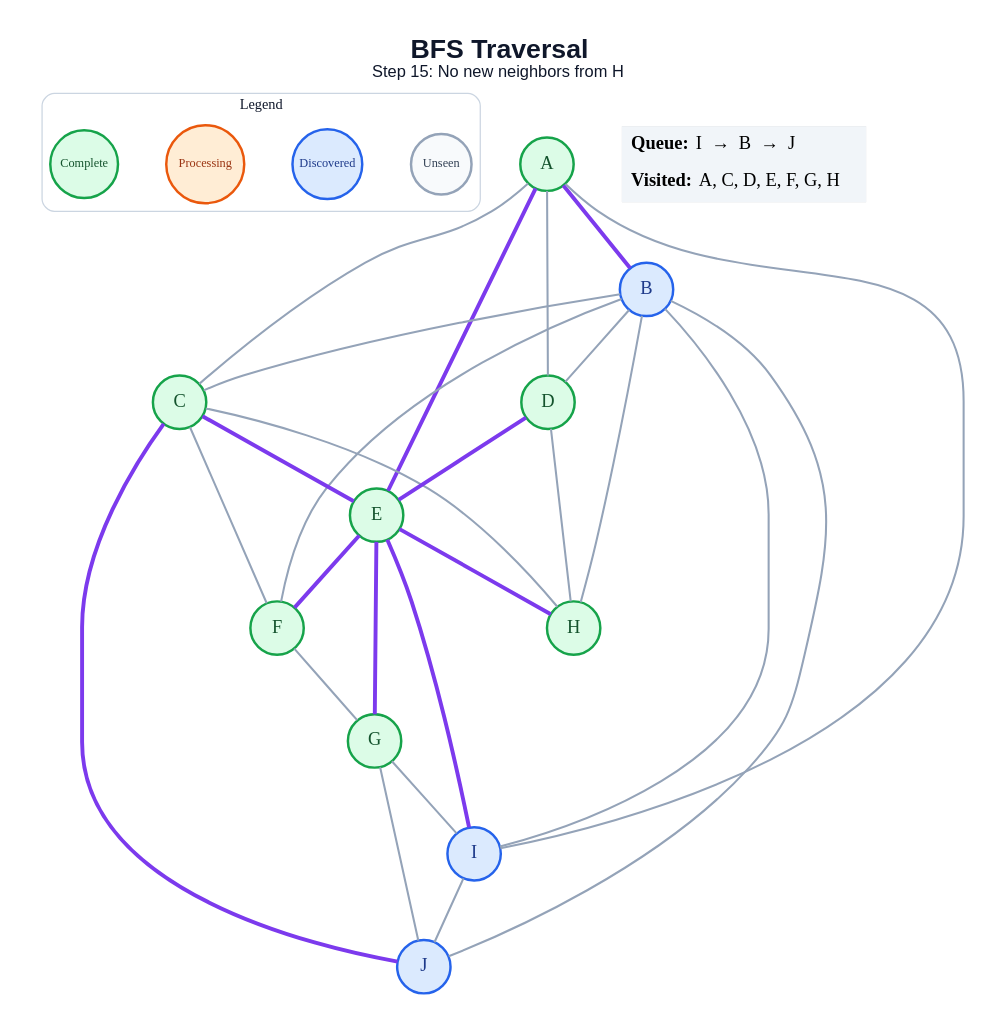
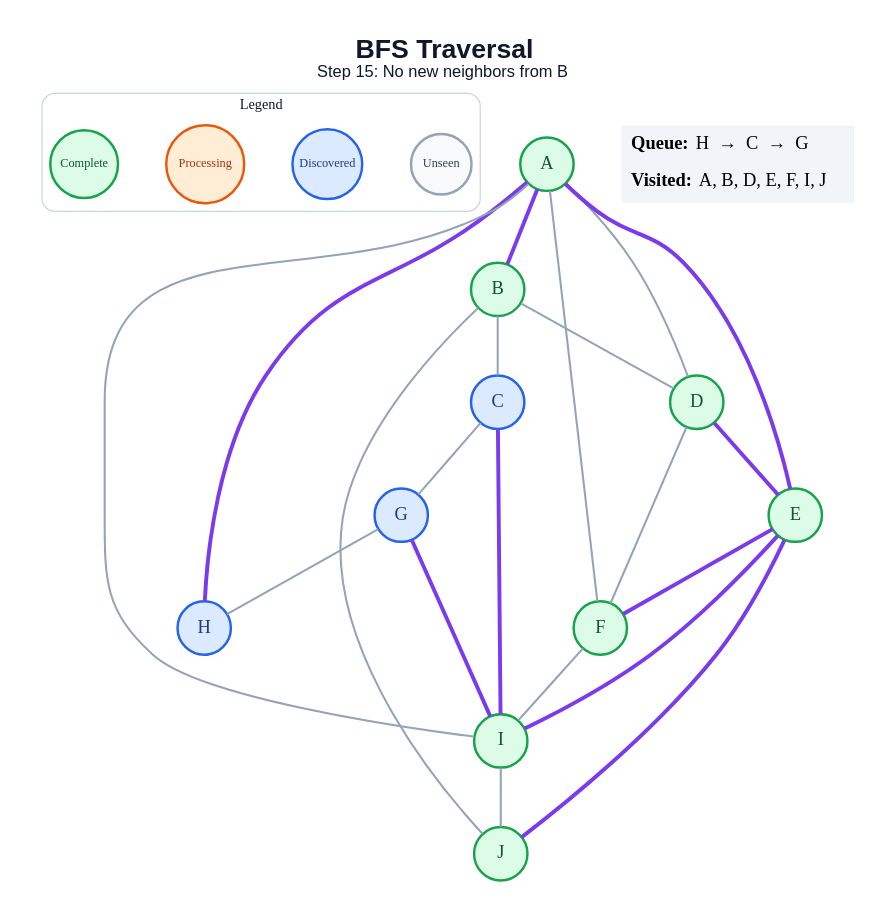
One commit to anon7238593-create/ai-slop changed the diagram in generated/specific-node/bfs/step_15.dot. Above: the diagram before and after it, drawn with Graphviz. The commit also changed 178 other files, not shown here.

```diff
--- a/generated/specific-node/bfs/step_15.dot
+++ b/generated/specific-node/bfs/step_15.dot
@@ -1,54 +1,49 @@
 graph traversal {
   graph [layout=dot, rankdir=TB, bgcolor="#FFFFFF", pad="0.35", nodesep="0.65", ranksep="0.8", fontname="Arial"];
   node [shape=circle, style="filled", fontname="Arial Bold", fontsize=18, width=0.72, fixedsize=true, penwidth=2.4];
   edge [color="#94A3B8", penwidth=2.0];
-  label=<<B>BFS Traversal</B><BR/><FONT POINT-SIZE="16">Step 15: No new neighbors from H</FONT>>; labelloc="t"; fontsize=26; fontname="Arial"; fontcolor="#0F172A";
+  label=<<B>BFS Traversal</B><BR/><FONT POINT-SIZE="16">Step 15: No new neighbors from B</FONT>>; labelloc="t"; fontsize=26; fontname="Arial"; fontcolor="#0F172A";
   subgraph cluster_legend { label="Legend"; color="#CBD5E1"; penwidth=1.2; style="rounded"; fontsize=14; fontname="Arial Bold";
     key_unseen [label="Unseen", fillcolor="#F8FAFC", color="#94A3B8", fontcolor="#334155", fontsize=12, width=0.82];
     key_frontier [label="Discovered", fillcolor="#DBEAFE", color="#2563EB", fontcolor="#1E3A8A", fontsize=12, width=0.95];
     key_current [label="Processing", fillcolor="#FFEDD5", color="#EA580C", fontcolor="#9A3412", fontsize=12, width=1.05];
     key_done [label="Complete", fillcolor="#DCFCE7", color="#16A34A", fontcolor="#14532D", fontsize=12, width=0.92];
     { rank=same; key_unseen; key_frontier; key_current; key_done; }
   }
   A [fillcolor="#DCFCE7", color="#16A34A", fontcolor="#14532D"];
-  B [fillcolor="#DBEAFE", color="#2563EB", fontcolor="#1E3A8A"];
-  C [fillcolor="#DCFCE7", color="#16A34A", fontcolor="#14532D"];
+  B [fillcolor="#DCFCE7", color="#16A34A", fontcolor="#14532D"];
+  C [fillcolor="#DBEAFE", color="#2563EB", fontcolor="#1E3A8A"];
   D [fillcolor="#DCFCE7", color="#16A34A", fontcolor="#14532D"];
   E [fillcolor="#DCFCE7", color="#16A34A", fontcolor="#14532D"];
   F [fillcolor="#DCFCE7", color="#16A34A", fontcolor="#14532D"];
-  G [fillcolor="#DCFCE7", color="#16A34A", fontcolor="#14532D"];
-  H [fillcolor="#DCFCE7", color="#16A34A", fontcolor="#14532D"];
-  I [fillcolor="#DBEAFE", color="#2563EB", fontcolor="#1E3A8A"];
-  J [fillcolor="#DBEAFE", color="#2563EB", fontcolor="#1E3A8A"];
+  G [fillcolor="#DBEAFE", color="#2563EB", fontcolor="#1E3A8A"];
+  H [fillcolor="#DBEAFE", color="#2563EB", fontcolor="#1E3A8A"];
+  I [fillcolor="#DCFCE7", color="#16A34A", fontcolor="#14532D"];
+  J [fillcolor="#DCFCE7", color="#16A34A", fontcolor="#14532D"];
   A -- B [color="#7C3AED", penwidth=3.8];
-  A -- C;
   A -- D;
   A -- E [color="#7C3AED", penwidth=3.8];
+  A -- F;
+  A -- H [color="#7C3AED", penwidth=3.8];
   A -- I;
   B -- C;
   B -- D;
-  B -- F;
-  B -- H;
-  B -- I;
   B -- J;
-  C -- E [color="#7C3AED", penwidth=3.8];
-  C -- F;
-  C -- H;
-  C -- J [color="#7C3AED", penwidth=3.8];
+  C -- G;
+  C -- I [color="#7C3AED", penwidth=3.8];
   D -- E [color="#7C3AED", penwidth=3.8];
-  D -- H;
+  D -- F;
   E -- F [color="#7C3AED", penwidth=3.8];
-  E -- G [color="#7C3AED", penwidth=3.8];
-  E -- H [color="#7C3AED", penwidth=3.8];
   E -- I [color="#7C3AED", penwidth=3.8];
-  F -- G;
-  G -- I;
-  G -- J;
+  E -- J [color="#7C3AED", penwidth=3.8];
+  F -- I;
+  G -- H;
+  G -- I [color="#7C3AED", penwidth=3.8];
   I -- J;
   status [shape=plain, fixedsize=false, width=0, height=0, margin=0, label=<
     <TABLE BORDER="0" CELLBORDER="0" CELLPADDING="7" BGCOLOR="#F1F5F9">
-      <TR><TD ALIGN="LEFT"><B>Queue:</B> I  →  B  →  J</TD></TR>
-      <TR><TD ALIGN="LEFT"><B>Visited:</B> A, C, D, E, F, G, H</TD></TR>
+      <TR><TD ALIGN="LEFT"><B>Queue:</B> H  →  C  →  G</TD></TR>
+      <TR><TD ALIGN="LEFT"><B>Visited:</B> A, B, D, E, F, I, J</TD></TR>
     </TABLE>
   >];
 }
```
